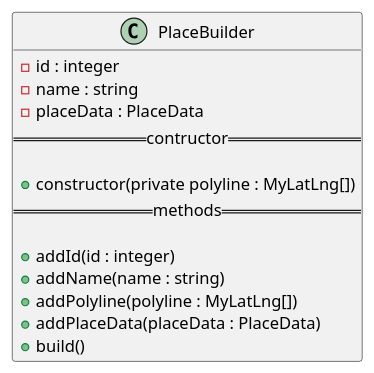
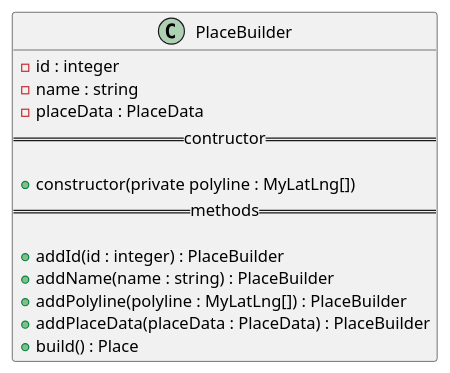
One commit to GruppOne/stalker-web-app changed the diagram in docs/diagrams/classes/Place/PlaceBuilder.pu. Above: the diagram before and after it, drawn with PlantUML. The commit also changed 16 other files, not shown here.

```diff
--- a/docs/diagrams/classes/Place/PlaceBuilder.pu
+++ b/docs/diagrams/classes/Place/PlaceBuilder.pu
@@ -1,17 +1,17 @@
 @startuml PlaceBuilder Diagram
 class PlaceBuilder {
   - id : integer
   - name : string
   - placeData : PlaceData
   == contructor ==
 
   + constructor(private polyline : MyLatLng[])
   == methods ==
 
-  + addId(id : integer)
-  + addName(name : string)
-  + addPolyline(polyline : MyLatLng[])
-  + addPlaceData(placeData : PlaceData)
-  + build()
+  + addId(id : integer) : PlaceBuilder
+  + addName(name : string) : PlaceBuilder
+  + addPolyline(polyline : MyLatLng[]) : PlaceBuilder
+  + addPlaceData(placeData : PlaceData) : PlaceBuilder
+  + build() : Place
 }
 @enduml
```
